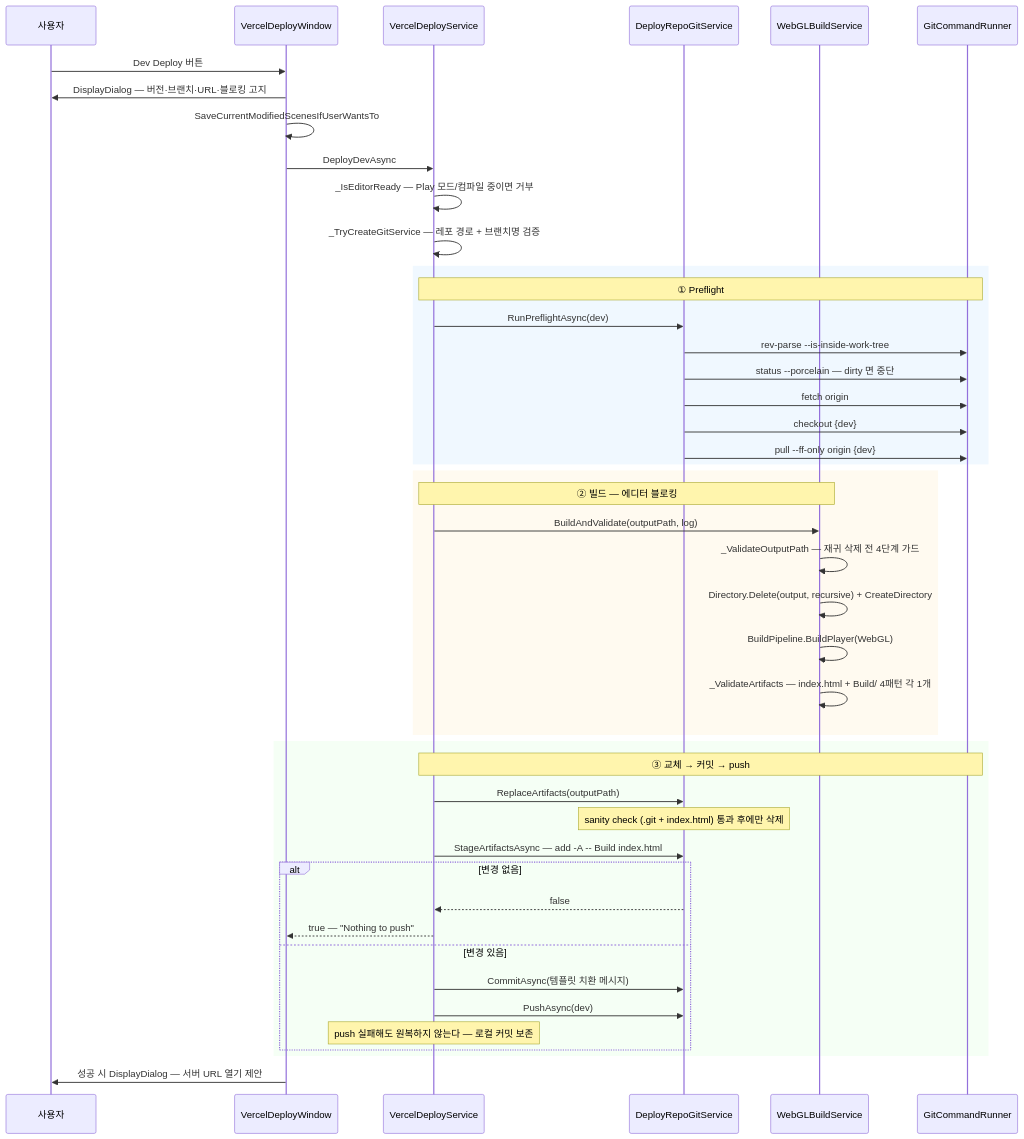
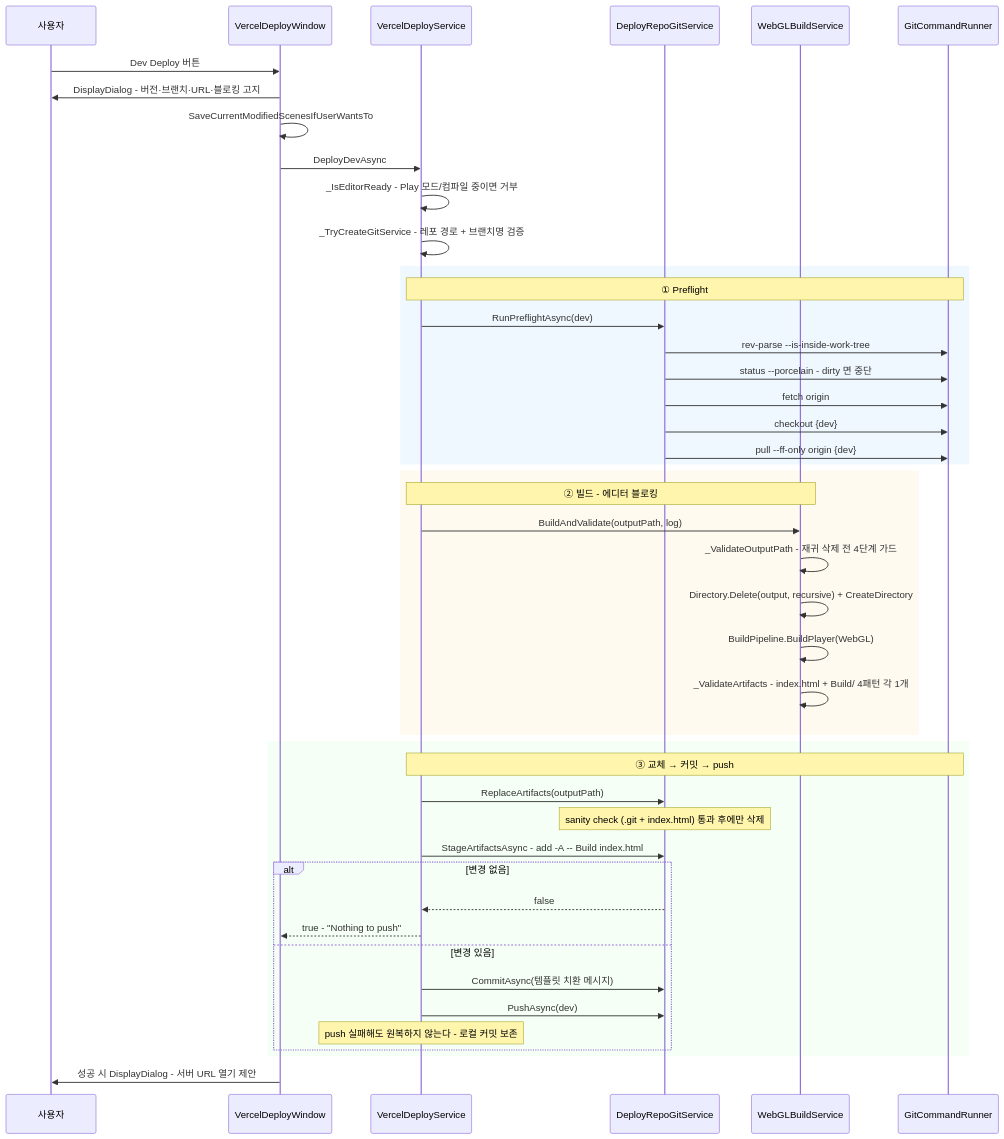
One commit to HoHong123/HCUP-Unity changed the second of 4 diagrams in HDeploy/Editor/README.md. Above: the diagram before and after it, drawn with Mermaid. The commit also changed other lines of this file, not shown here.

Commit message:
[Docs] 📝 21.09.26 Refresh HDeploy/Editor README against current code and move stale notes to history

````diff
--- a/HDeploy/Editor/README.md
+++ b/HDeploy/Editor/README.md
@@ -142,52 +141,52 @@
 ```mermaid
 sequenceDiagram
     participant U as 사용자
     participant W as VercelDeployWindow
     participant S as VercelDeployService
     participant G as DeployRepoGitService
     participant B as WebGLBuildService
     participant R as GitCommandRunner
 
     U->>W: Dev Deploy 버튼
-    W->>U: DisplayDialog — 버전·브랜치·URL·블로킹 고지
+    W->>U: DisplayDialog - 버전·브랜치·URL·블로킹 고지
     W->>W: SaveCurrentModifiedScenesIfUserWantsTo
     W->>S: DeployDevAsync
-    S->>S: _IsEditorReady — Play 모드/컴파일 중이면 거부
-    S->>S: _TryCreateGitService — 레포 경로 + 브랜치명 검증
+    S->>S: _IsEditorReady - Play 모드/컴파일 중이면 거부
+    S->>S: _TryCreateGitService - 레포 경로 + 브랜치명 검증
 
     rect rgb(240, 248, 255)
     Note over S,R: ① Preflight
     S->>G: RunPreflightAsync(dev)
     G->>R: rev-parse --is-inside-work-tree
-    G->>R: status --porcelain — dirty 면 중단
+    G->>R: status --porcelain - dirty 면 중단
     G->>R: fetch origin
     G->>R: checkout {dev}
     G->>R: pull --ff-only origin {dev}
     end
 
     rect rgb(255, 250, 240)
-    Note over S,B: ② 빌드 — 에디터 블로킹
+    Note over S,B: ② 빌드 - 에디터 블로킹
     S->>B: BuildAndValidate(outputPath, log)
-    B->>B: _ValidateOutputPath — 재귀 삭제 전 4단계 가드
+    B->>B: _ValidateOutputPath - 재귀 삭제 전 4단계 가드
     B->>B: Directory.Delete(output, recursive) + CreateDirectory
     B->>B: BuildPipeline.BuildPlayer(WebGL)
-    B->>B: _ValidateArtifacts — index.html + Build/ 4패턴 각 1개
+    B->>B: _ValidateArtifacts - index.html + Build/ 4패턴 각 1개
     end
 
     rect rgb(245, 255, 245)
     Note over S,R: ③ 교체 → 커밋 → push
     S->>G: ReplaceArtifacts(outputPath)
     Note over G: sanity check (.git + index.html) 통과 후에만 삭제
-    S->>G: StageArtifactsAsync — add -A -- Build index.html
+    S->>G: StageArtifactsAsync - add -A -- Build index.html
     alt 변경 없음
         G-->>S: false
-        S-->>W: true — "Nothing to push"
+        S-->>W: true - "Nothing to push"
     else 변경 있음
         S->>G: CommitAsync(템플릿 치환 메시지)
         S->>G: PushAsync(dev)
-        Note over S: push 실패해도 원복하지 않는다 — 로컬 커밋 보존
+        Note over S: push 실패해도 원복하지 않는다 - 로컬 커밋 보존
     end
     end
 
-    W->>U: 성공 시 DisplayDialog — 서버 URL 열기 제안
+    W->>U: 성공 시 DisplayDialog - 서버 URL 열기 제안
 ```
````
